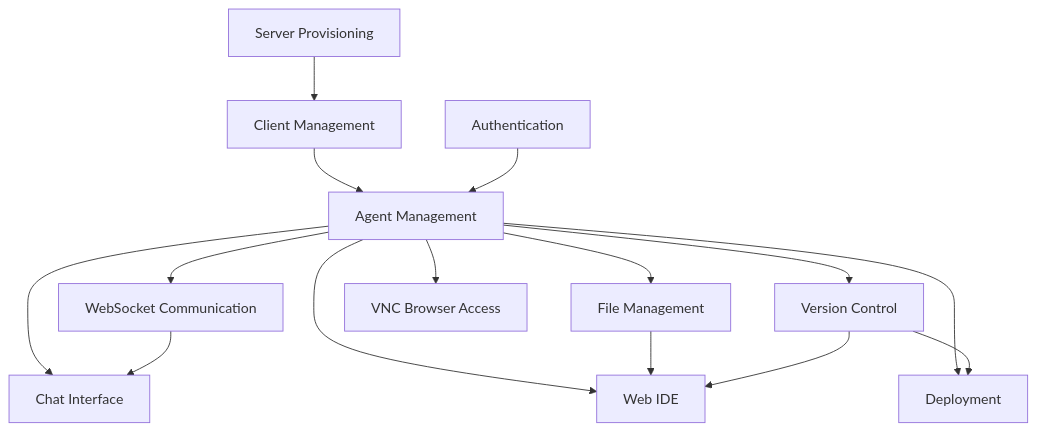
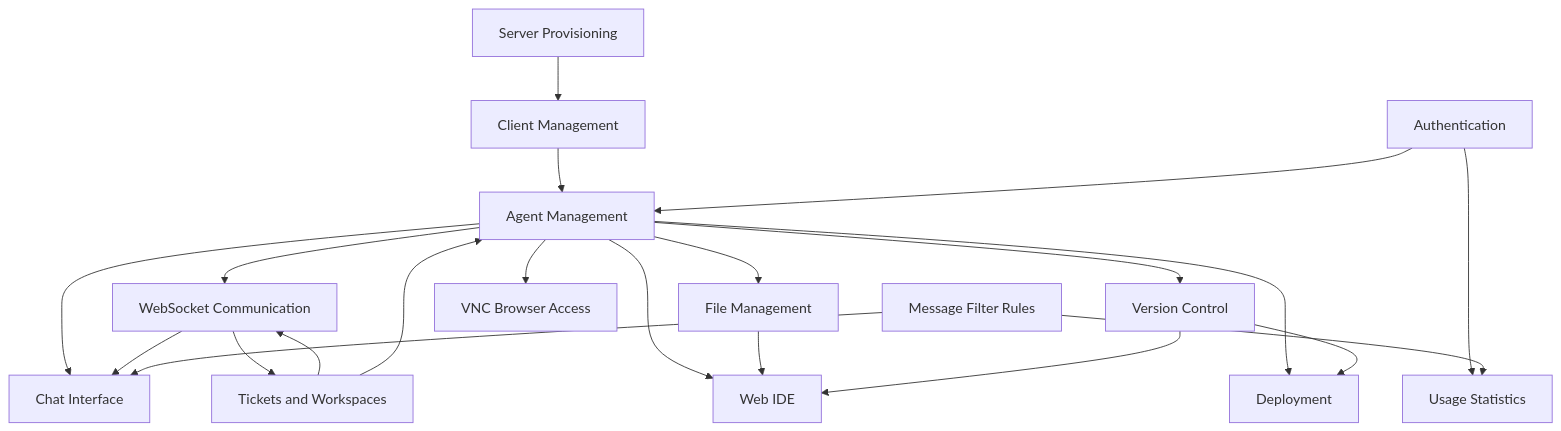
Before and after one commit to forepath/agenstra: the diagram in docs/agenstra/features/README.md, drawn with Mermaid. The commit also changed other lines of this file and 16 other files, not shown here.

````diff
--- a/docs/agenstra/features/README.md
+++ b/docs/agenstra/features/README.md
@@ -158,29 +192,38 @@
 ```mermaid
 graph TB
     CM[Client Management]
     AM[Agent Management]
     SP[Server Provisioning]
     WS[WebSocket Communication]
     FM[File Management]
     VC[Version Control]
     IDE[Web IDE]
     Chat[Chat Interface]
     VNC[VNC Browser Access]
     DEP[Deployment]
     AUTH[Authentication]
+    TK[Tickets and Workspaces]
+    ST[Usage Statistics]
+    FR[Message Filter Rules]
 
     SP --> CM
     CM --> AM
     AM --> WS
     AM --> FM
     AM --> VC
     AM --> IDE
     AM --> Chat
     AM --> VNC
     AM --> DEP
     WS --> Chat
+    WS --> TK
     FM --> IDE
     VC --> IDE
     VC --> DEP
     AUTH --> AM
+    AUTH --> ST
+    TK --> WS
+    FR --> Chat
+    FR --> ST
+    TK --> AM
 ```
````
